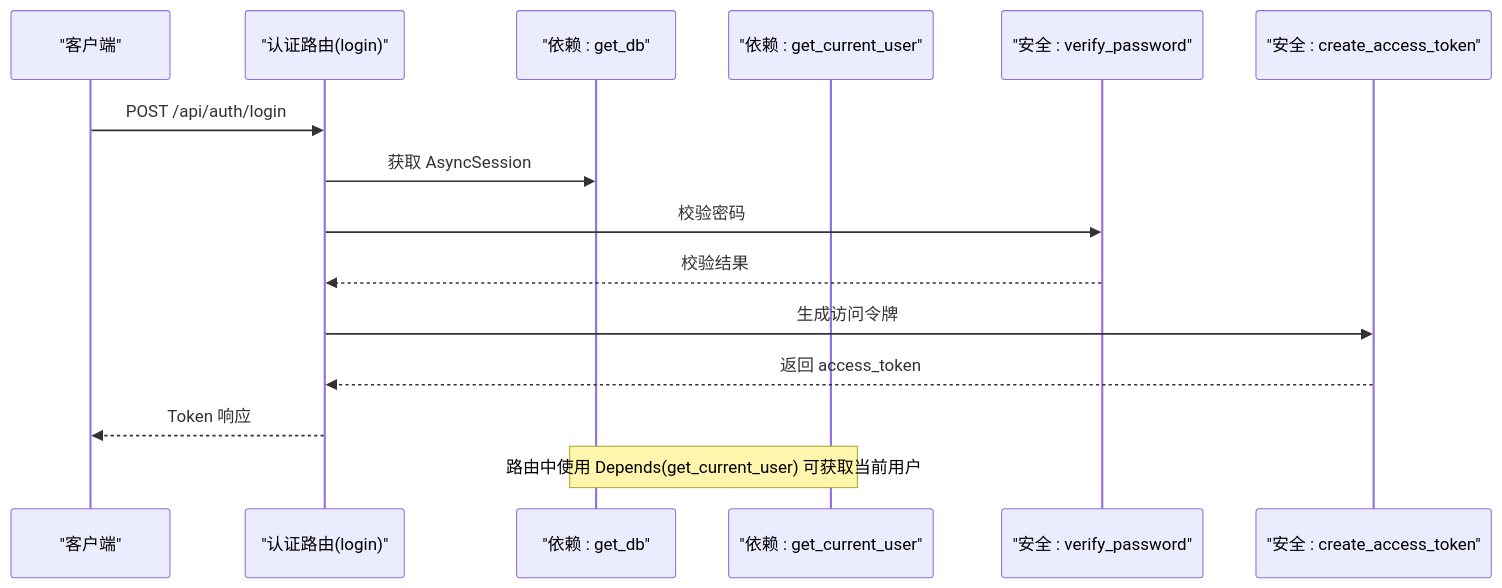
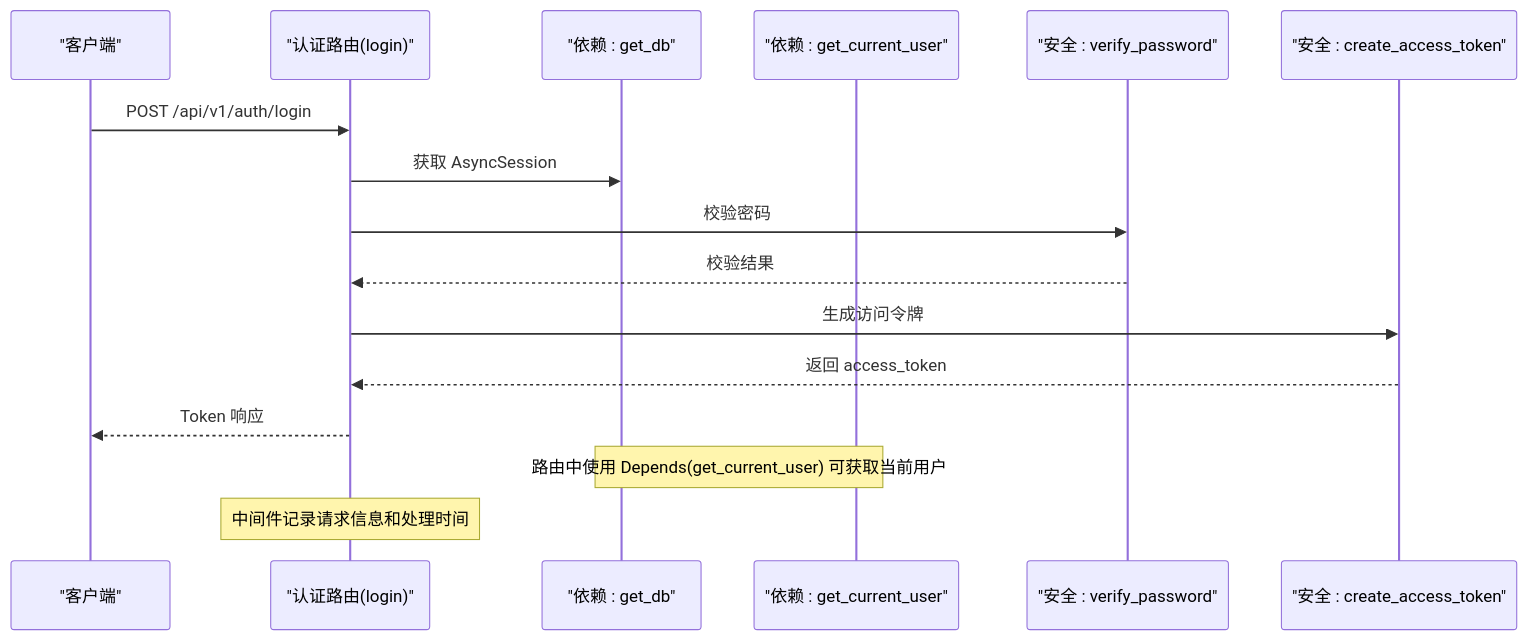
The fourth of 10 diagrams in .qoder/repowiki/zh/content/系统架构/后端架构.md (breeze-lyf/ai-stock-advisor), drawn with Mermaid before and after one commit. The commit also changed other lines of this file and 52 other files, not shown here.

````diff
--- a/.qoder/repowiki/zh/content/系统架构/后端架构.md
+++ b/.qoder/repowiki/zh/content/系统架构/后端架构.md
@@ -194,17 +267,18 @@
 ```mermaid
 sequenceDiagram
 participant C as "客户端"
 participant A as "认证路由(login)"
 participant D as "依赖 : get_db"
 participant U as "依赖 : get_current_user"
 participant S as "安全 : verify_password"
 participant T as "安全 : create_access_token"
-C->>A : POST /api/auth/login
+C->>A : POST /api/v1/auth/login
 A->>D : 获取 AsyncSession
 A->>S : 校验密码
 S-->>A : 校验结果
 A->>T : 生成访问令牌
 T-->>A : 返回 access_token
 A-->>C : Token 响应
 Note over U,D : 路由中使用 Depends(get_current_user) 可获取当前用户
+Note over A : 中间件记录请求信息和处理时间
 ```
````
